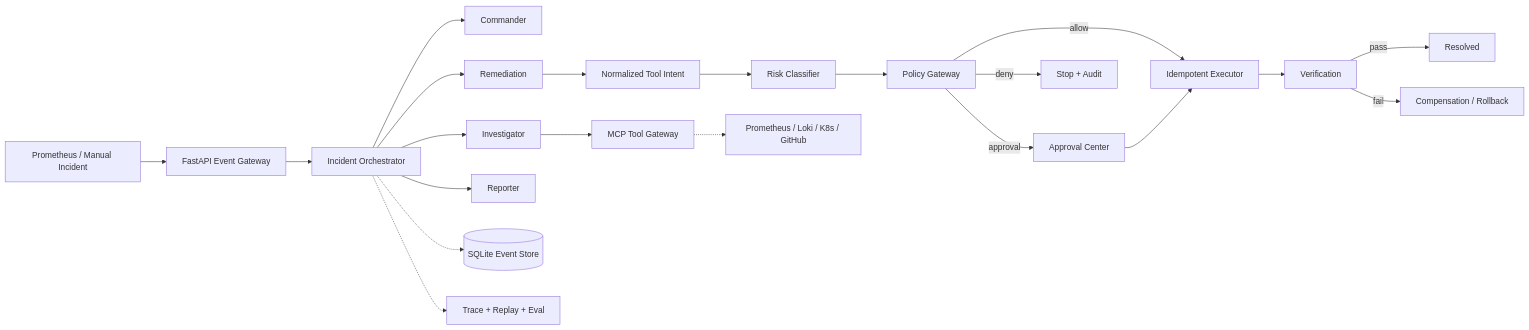
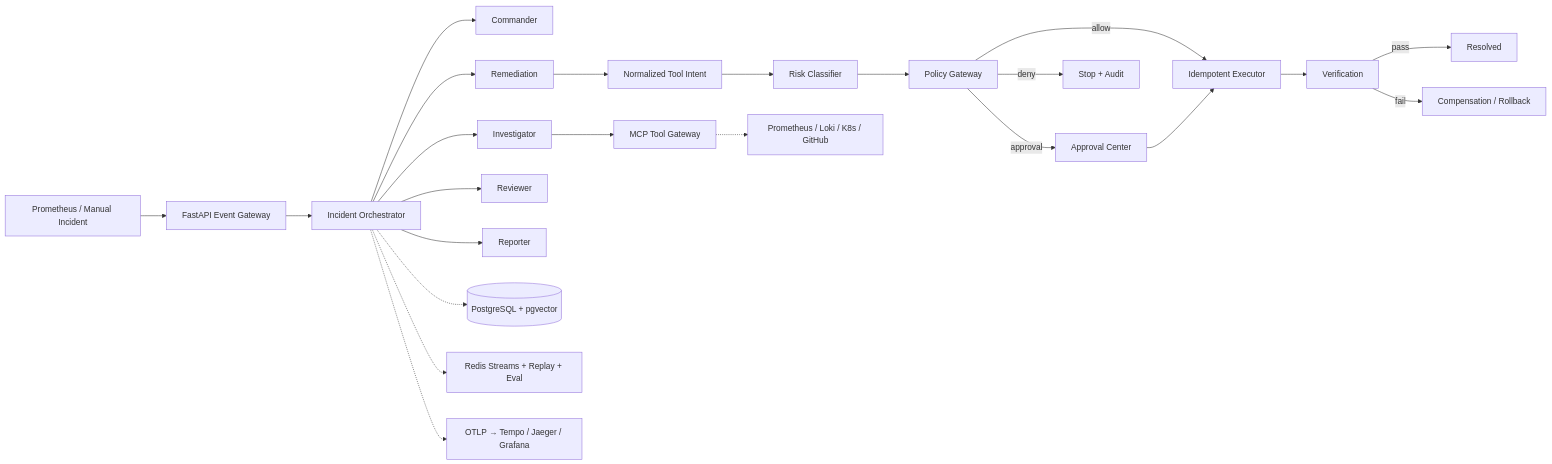
One commit to Odelialan/RunGuard changed the first of 2 diagrams in README.md. Above: the diagram before and after it, drawn with Mermaid. The commit also changed other lines of this file and 66 other files, not shown here.

````diff
--- a/README.md
+++ b/README.md
@@ -101,23 +128,25 @@
 ```mermaid
 flowchart LR
     A["Prometheus / Manual Incident"] --> B["FastAPI Event Gateway"]
     B --> C["Incident Orchestrator"]
     C --> D["Commander"]
     C --> E["Investigator"]
     C --> F["Remediation"]
-    C --> G["Reporter"]
+    C --> G["Reviewer"]
+    C --> V["Reporter"]
     E --> H["MCP Tool Gateway"]
     F --> I["Normalized Tool Intent"]
     I --> J["Risk Classifier"]
     J --> K["Policy Gateway"]
     K -->|"allow"| L["Idempotent Executor"]
     K -->|"approval"| M["Approval Center"]
     K -->|"deny"| N["Stop + Audit"]
     M --> L
     L --> O["Verification"]
     O -->|"pass"| P["Resolved"]
     O -->|"fail"| Q["Compensation / Rollback"]
-    C -.-> R[("SQLite Event Store")]
+    C -.-> R[("PostgreSQL + pgvector")]
     H -.-> S["Prometheus / Loki / K8s / GitHub"]
-    C -.-> T["Trace + Replay + Eval"]
+    C -.-> T["Redis Streams + Replay + Eval"]
+    C -.-> U["OTLP → Tempo / Jaeger / Grafana"]
 ```
````
